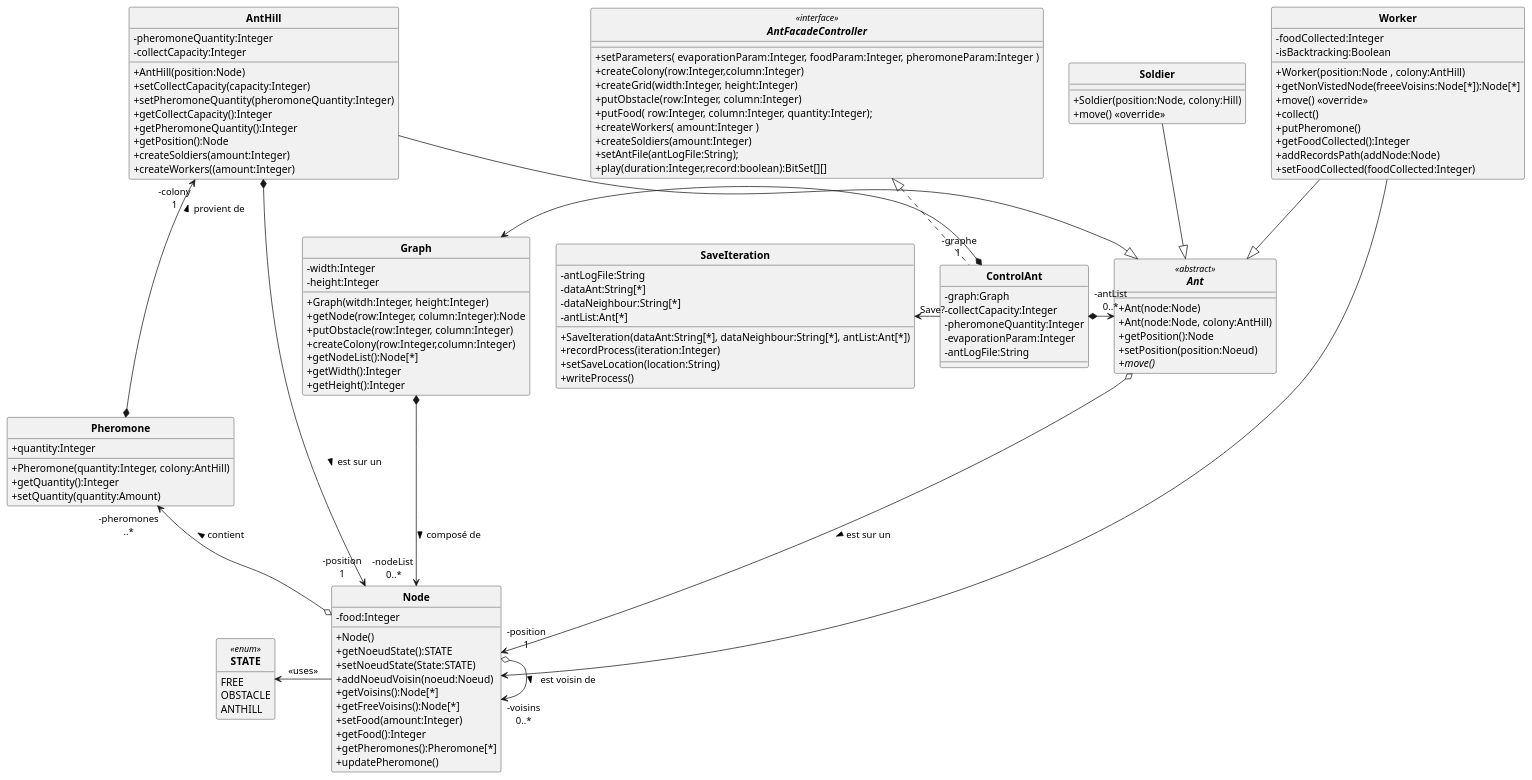
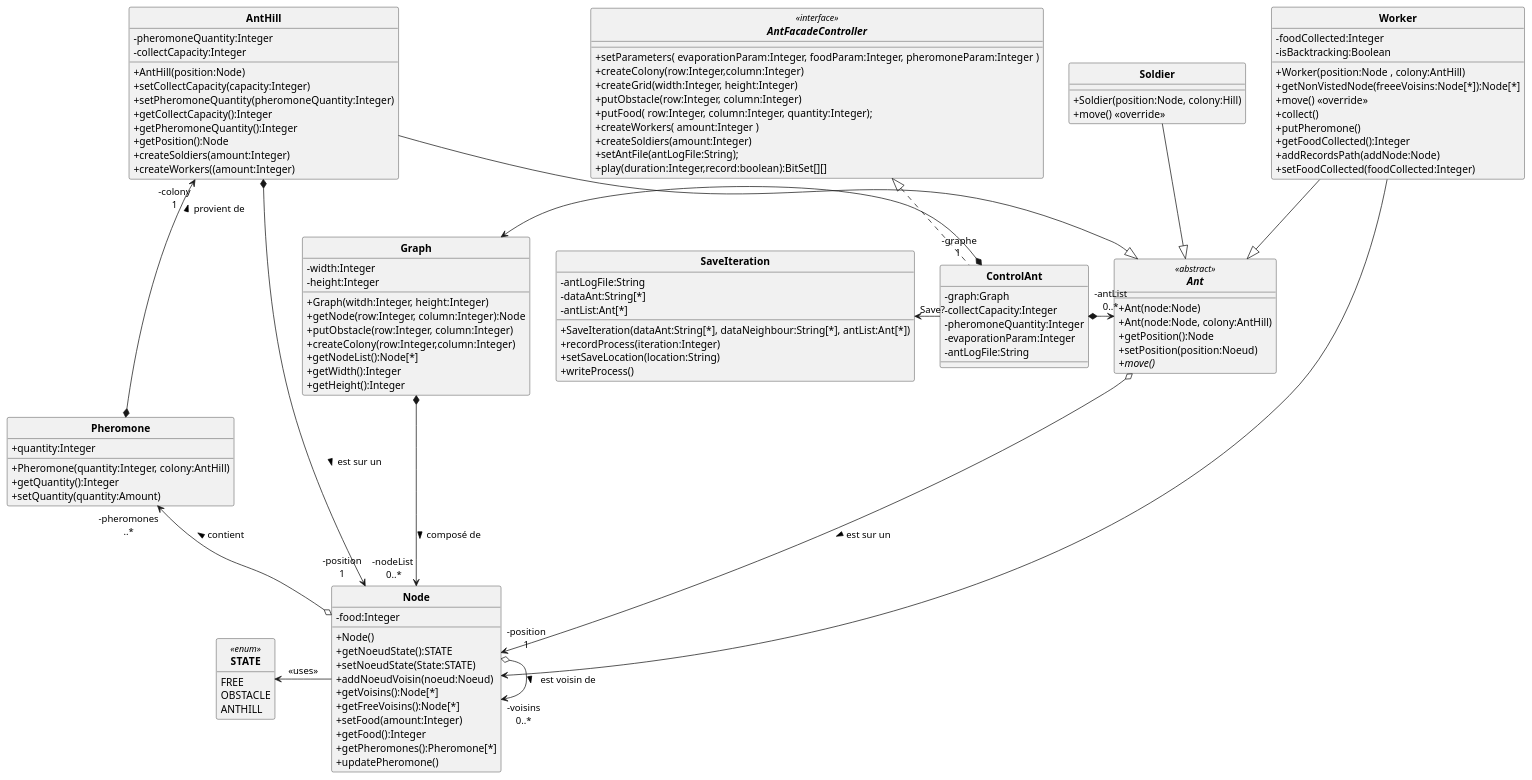
The diagram in src/main/uml/Fourmis_DC.puml (ErenMustafaGit/ColonieFourmis), drawn with PlantUML before and after one commit. The commit also changed 9 other files, not shown here.

```diff
--- a/src/main/uml/Fourmis_DC.puml
+++ b/src/main/uml/Fourmis_DC.puml
@@ -1,157 +1,156 @@
 @startuml
 'https://plantuml.com/sequence-diagram
 allow_mixing
 skinparam style strictuml
 skinparam classAttributeIconSize 0
 skinparam circledCharacterRadius 0
 skinparam circledCharacterFontSize 0
 skinparam classFontStyle Bold
 'autonumber
 hide enum methods
 
 'Controleur
 interface AntFacadeController <<interface>> {
     +setParameters( evaporationParam:Integer, foodParam:Integer, pheromoneParam:Integer )
     +createColony(row:Integer,column:Integer)
     +createGrid(width:Integer, height:Integer)
     +putObstacle(row:Integer, column:Integer)
     +putFood( row:Integer, column:Integer, quantity:Integer);
     +createWorkers( amount:Integer )
     +createSoldiers(amount:Integer)
     +setAntFile(antLogFile:String);
     +play(duration:Integer,record:boolean):BitSet[][]
 }
 
 
 class Node{
     -food:Integer
     +Node()
     +getNoeudState():STATE
     +setNoeudState(State:STATE)
     +addNoeudVoisin(noeud:Noeud)
     +getVoisins():Node[*]
     +getFreeVoisins():Node[*]
     +setFood(amount:Integer)
     +getFood():Integer
     +getPheromones():Pheromone[*]
     +updatePheromone()
     '+compareTo(node:Node)<<override>>
 }
 
 
 
 enum STATE <<enum>> {
     FREE
     OBSTACLE
     ANTHILL
 }
 
 'class Food{
 '    -amount:Integer
 '    +Food()
 '}
 class Pheromone{
     +Pheromone(quantity:Integer, colony:AntHill)
     +quantity:Integer
     +getQuantity():Integer
     +setQuantity(quantity:Amount)
 }
 
 
 abstract Ant <<abstract>> {
     +Ant(node:Node)
     +Ant(node:Node, colony:AntHill)
     +getPosition():Node
     +setPosition(position:Noeud)
     {abstract} +move()
 }
 class AntHill{
     -pheromoneQuantity:Integer
     -collectCapacity:Integer
     +AntHill(position:Node)
     +setCollectCapacity(capacity:Integer)
     +setPheromoneQuantity(pheromoneQuantity:Integer)
     +getCollectCapacity():Integer
     +getPheromoneQuantity():Integer
     +getPosition():Node
     +createSoldiers(amount:Integer)
     +createWorkers((amount:Integer)
 }
 class Soldier{
     +Soldier(position:Node, colony:Hill)
     +move() <<override>>
 }
 
 class Worker {
     -foodCollected:Integer
     -isBacktracking:Boolean
     +Worker(position:Node , colony:AntHill)
     +getNonVistedNode(freeeVoisins:Node[*]):Node[*]
     +move() <<override>>
     +collect()
     +putPheromone()
     +getFoodCollected():Integer
     +addRecordsPath(addNode:Node)
     +setFoodCollected(foodCollected:Integer)
 }
 
 
 class ControlAnt implements AntFacadeController{
     -graph:Graph
     -collectCapacity:Integer
     -pheromoneQuantity:Integer
     -evaporationParam:Integer
     -antLogFile:String
 }
 
 class SaveIteration {
     -antLogFile:String
     -dataAnt:String[*]
-    -dataNeighbour:String[*]
     -antList:Ant[*]
     +SaveIteration(dataAnt:String[*], dataNeighbour:String[*], antList:Ant[*])
     +recordProcess(iteration:Integer)
     +setSaveLocation(location:String)
     +writeProcess()
 }
 
 
 class Graph{
  -width:Integer
  -height:Integer
  +Graph(witdh:Integer, height:Integer)
  +getNode(row:Integer, column:Integer):Node
  +putObstacle(row:Integer, column:Integer)
  +createColony(row:Integer,column:Integer)
  +getNodeList():Node[*]
  +getWidth():Integer
  +getHeight():Integer
 }
 SaveIteration <- "Save?" ControlAnt
 
 Soldier --|> Ant
 Worker --|> Ant
 AntHill --|> Ant
 
 Worker --> Node
 
 ControlAnt "-graphe\n1 " *-l-> Graph
 ControlAnt  *-r-> "-antList\n0..*" Ant
 
 
 Graph *--> "-nodeList \n0..*" Node : composé de >
 
 'historique = liste de noeud déjà passé par la fourmi
 '"-position 1\n-historique 0..*"
 Ant o---> "-position\n1" Node  : est sur un >
 AntHill *--> "-position\n1" Node  : est sur un >
 Node o-> "-voisins\n0..*"  Node  : est voisin de >
 
 Node -l-> STATE : <<uses>>
 
 'Ant *-> "-colony\n1" AntHill : provient de >
 Pheromone *-u-> "-colony\n1" AntHill : provient de >
 Node o-l-> "-pheromones\n..*" Pheromone : contient >
 
 
 @enduml
```
